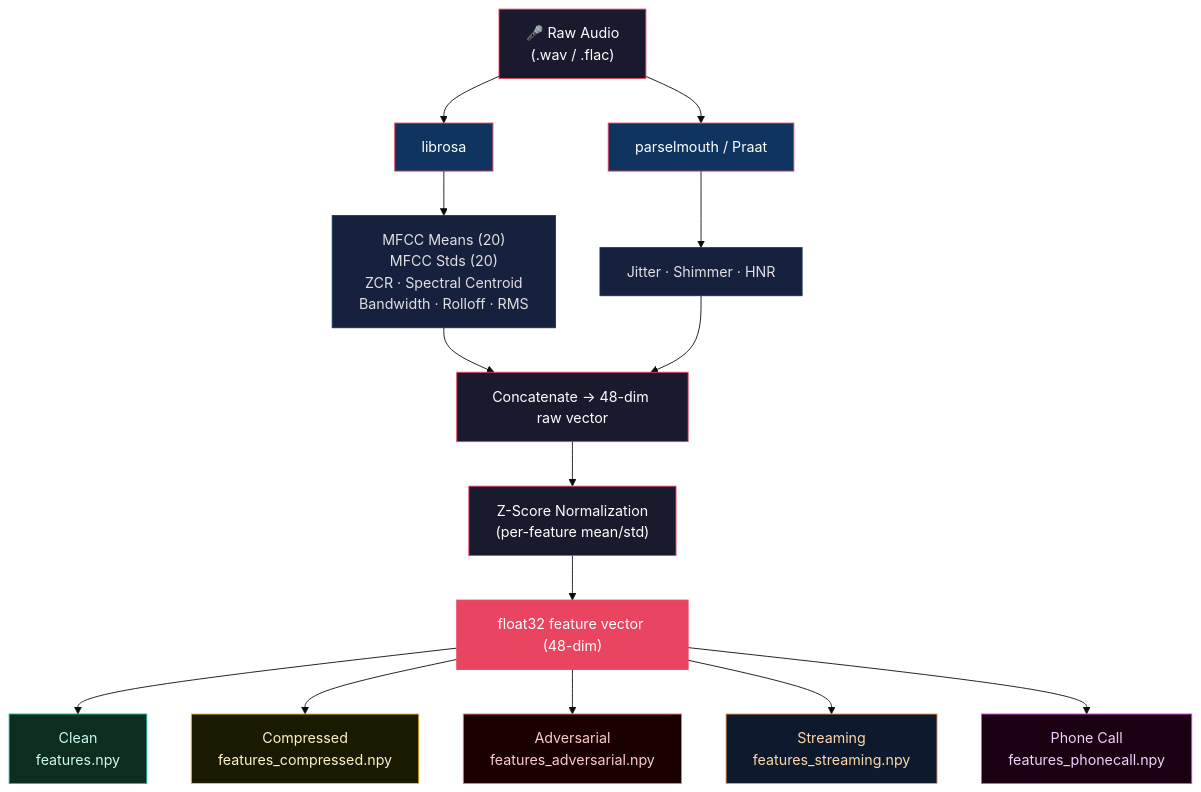
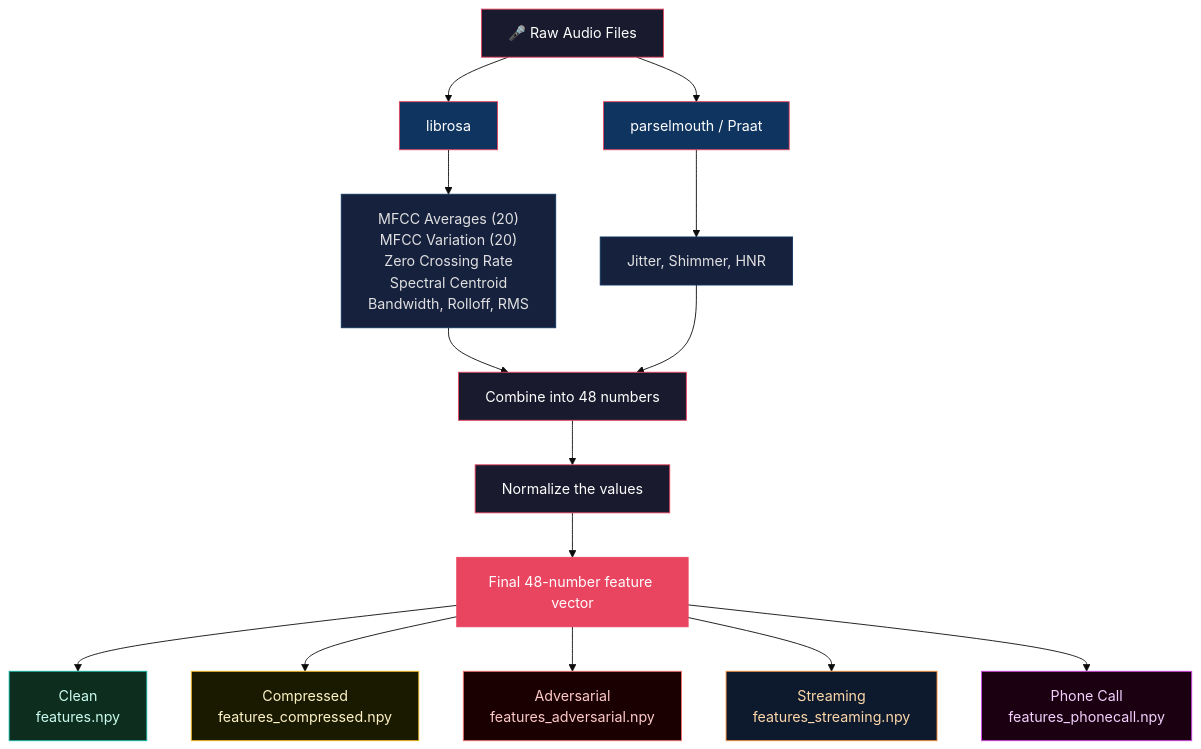
The diagram in README.md (AksharaaSharmaa/voice-authenticity-openenv), drawn with Mermaid (base theme) before and after one commit. The commit also changed other lines of this file and 10 other files, not shown here.

````diff
--- a/README.md
+++ b/README.md
@@ -452,35 +461,35 @@
 ```mermaid
 flowchart TD
-    A["🎤 Raw Audio\n(.wav / .flac)"] --> B["librosa"]
+    A["🎤 Raw Audio Files"] --> B["librosa"]
     A --> C["parselmouth / Praat"]
 
-    B --> D["MFCC Means (20)\nMFCC Stds (20)\nZCR · Spectral Centroid\nBandwidth · Rolloff · RMS"]
-    C --> E["Jitter · Shimmer · HNR"]
+    B --> D["MFCC Averages (20)\nMFCC Variation (20)\nZero Crossing Rate\nSpectral Centroid\nBandwidth, Rolloff, RMS"]
+    C --> E["Jitter, Shimmer, HNR"]
 
-    D --> F["Concatenate → 48-dim raw vector"]
+    D --> F["Combine into 48 numbers"]
     E --> F
 
-    F --> G["Z-Score Normalization\n(per-feature mean/std)"]
+    F --> G["Normalize the values"]
 
-    G --> H["float32 feature vector (48-dim)"]
+    G --> H["Final 48-number feature vector"]
 
     H --> I["Clean\nfeatures.npy"]
     H --> J["Compressed\nfeatures_compressed.npy"]
     H --> K["Adversarial\nfeatures_adversarial.npy"]
     H --> L["Streaming\nfeatures_streaming.npy"]
     H --> M["Phone Call\nfeatures_phonecall.npy"]
 
     style A fill:#1a1a2e,stroke:#e94560,color:#fff
     style B fill:#0f3460,stroke:#e94560,color:#fff
     style C fill:#0f3460,stroke:#e94560,color:#fff
     style D fill:#16213e,stroke:#0f3460,color:#e0e0e0
     style E fill:#16213e,stroke:#0f3460,color:#e0e0e0
     style F fill:#1a1a2e,stroke:#e94560,color:#fff
     style G fill:#1a1a2e,stroke:#e94560,color:#fff
     style H fill:#e94560,stroke:#e94560,color:#fff
     style I fill:#0d2d1e,stroke:#14b8a6,color:#ccfbf1
     style J fill:#1a1a00,stroke:#fbbf24,color:#fef3c7
     style K fill:#1a0000,stroke:#f87171,color:#fecaca
     style L fill:#0d1a2d,stroke:#fb923c,color:#fed7aa
     style M fill:#1a0010,stroke:#d946ef,color:#f5d0fe
 ```
````
